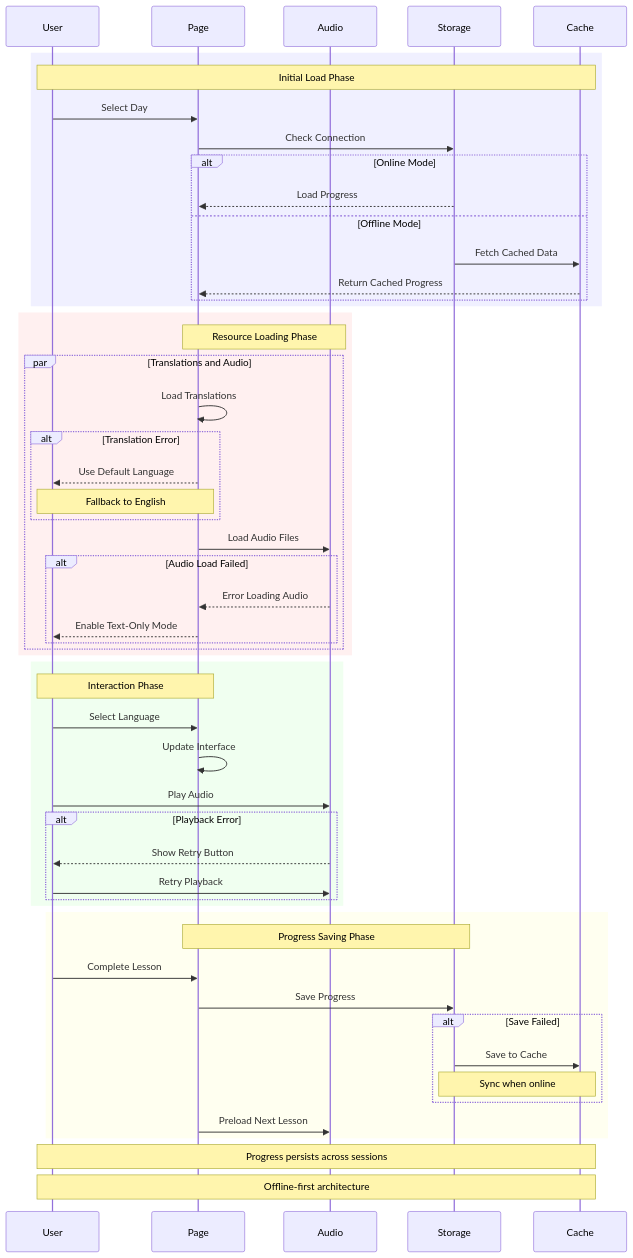
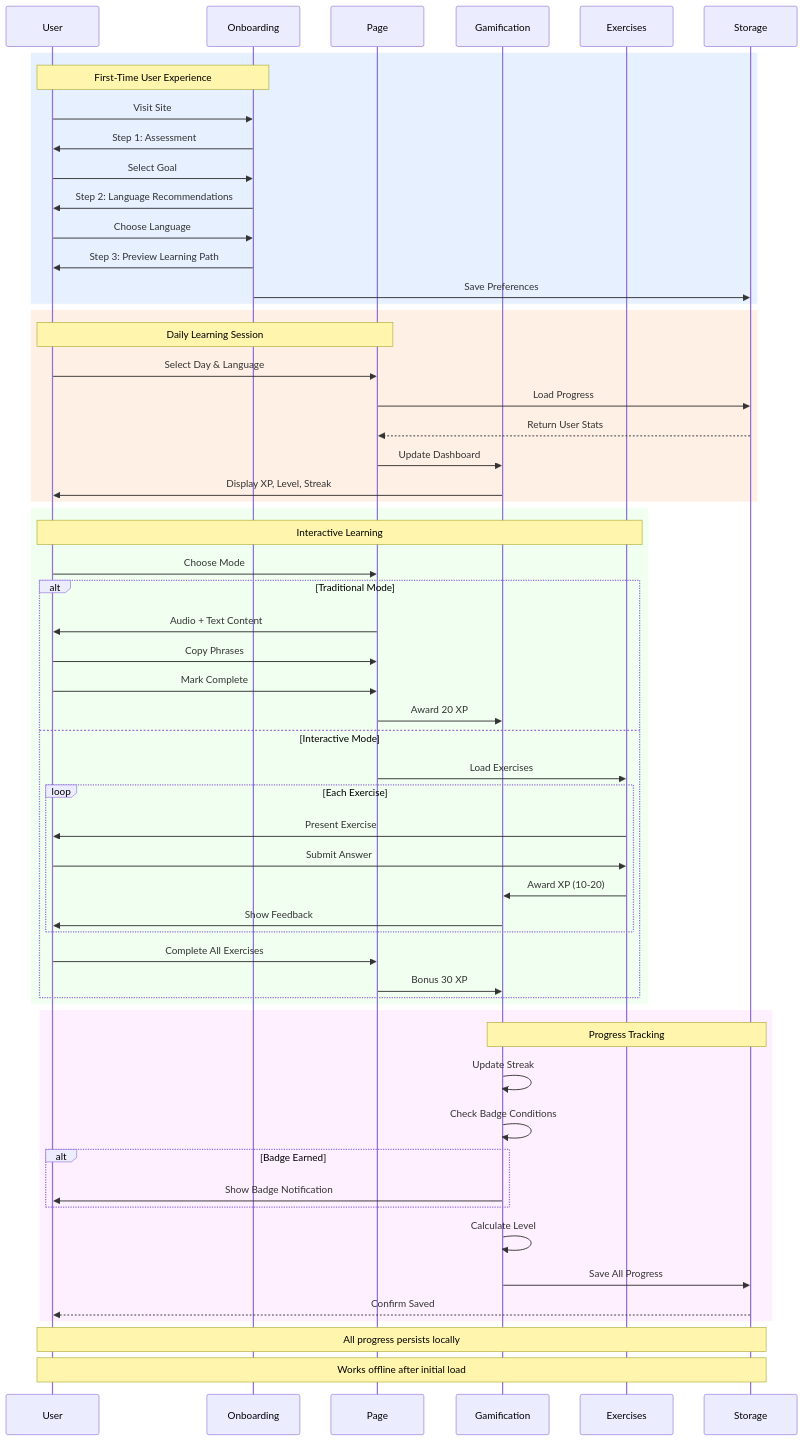
Before and after one commit to dbsectrainer/PolyglotPathways: the fifth of 5 diagrams in README.md, drawn with Mermaid. The commit also changed other lines of this file and 13 other files, not shown here.

First line of the commit message:
Add gamification, onboarding, and interactive exercise system

````diff
--- a/README.md
+++ b/README.md
@@ -204,61 +437,65 @@
 ```mermaid
 sequenceDiagram
     participant U as User
+    participant O as Onboarding
     participant P as Page
-    participant A as Audio
+    participant G as Gamification
+    participant E as Exercises
     participant S as Storage
-    participant C as Cache
-    
-    rect rgb(240, 240, 255)
-        Note over U,C: Initial Load Phase
-        U->>P: Select Day
-        P->>S: Check Connection
-        alt Online Mode
-            S-->>P: Load Progress
-        else Offline Mode
-            S->>C: Fetch Cached Data
-            C-->>P: Return Cached Progress
+
+    rect rgb(230, 240, 255)
+        Note over U,O: First-Time User Experience
+        U->>O: Visit Site
+        O->>U: Step 1: Assessment
+        U->>O: Select Goal
+        O->>U: Step 2: Language Recommendations
+        U->>O: Choose Language
+        O->>U: Step 3: Preview Learning Path
+        O->>S: Save Preferences
+    end
+
+    rect rgb(255, 240, 230)
+        Note over U,P: Daily Learning Session
+        U->>P: Select Day & Language
+        P->>S: Load Progress
+        S-->>P: Return User Stats
+        P->>G: Update Dashboard
+        G->>U: Display XP, Level, Streak
+    end
+
+    rect rgb(240, 255, 240)
+        Note over U,E: Interactive Learning
+        U->>P: Choose Mode
+        alt Traditional Mode
+            P->>U: Audio + Text Content
+            U->>P: Copy Phrases
+            U->>P: Mark Complete
+            P->>G: Award 20 XP
+        else Interactive Mode
+            P->>E: Load Exercises
+            loop Each Exercise
+                E->>U: Present Exercise
+                U->>E: Submit Answer
+                E->>G: Award XP (10-20)
+                G->>U: Show Feedback
+            end
+            U->>P: Complete All Exercises
+            P->>G: Bonus 30 XP
         end
     end
-    
-    rect rgb(255, 240, 240)
-        Note over P,A: Resource Loading Phase
-        par Translations and Audio
-            P->>P: Load Translations
-            alt Translation Error
-                P-->>U: Use Default Language
-                Note over P,U: Fallback to English
-            end
-            P->>A: Load Audio Files
-            alt Audio Load Failed
-                A-->>P: Error Loading Audio
-                P-->>U: Enable Text-Only Mode
-            end
+
+    rect rgb(255, 240, 255)
+        Note over G,S: Progress Tracking
+        G->>G: Update Streak
+        G->>G: Check Badge Conditions
+        alt Badge Earned
+            G->>U: Show Badge Notification
         end
+        G->>G: Calculate Level
+        G->>S: Save All Progress
+        S-->>U: Confirm Saved
     end
-    
-    rect rgb(240, 255, 240)
-        Note over U,P: Interaction Phase
-        U->>P: Select Language
-        P->>P: Update Interface
-        U->>A: Play Audio
-        alt Playback Error
-            A-->>U: Show Retry Button
-            U->>A: Retry Playback
-        end
-    end
-    
-    rect rgb(255, 255, 240)
-        Note over P,S: Progress Saving Phase
-        U->>P: Complete Lesson
-        P->>S: Save Progress
-        alt Save Failed
-            S->>C: Save to Cache
-            Note over S,C: Sync when online
-        end
-        P->>A: Preload Next Lesson
-    end
-    
-    Note over U,C: Progress persists across sessions
-    Note over U,C: Offline-first architecture
+
+    Note over U,S: All progress persists locally
+    Note over U,S: Works offline after initial load
 ```
````
